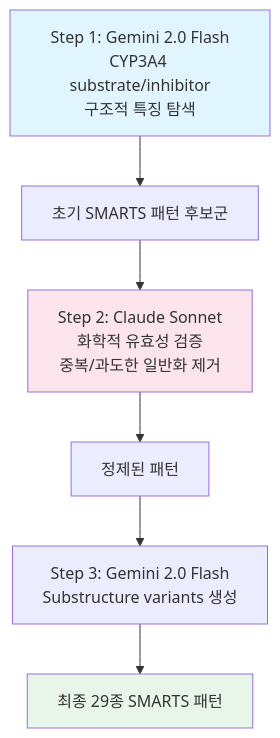
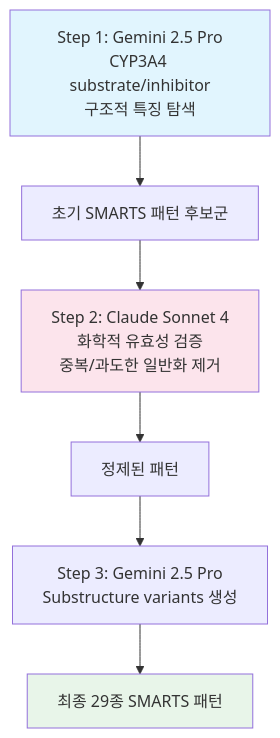
The second of 2 diagrams in _posts/2026-02-20-cyp3a4-inhibition-prediction.md (eightmm/eightmm.github.io), drawn with Mermaid before and after one commit. The commit also changed other lines of this file, not shown here.

Commit message:
Fix LLM names: Gemini 2.5 Pro, Claude Sonnet 4

````diff
--- a/_posts/2026-02-20-cyp3a4-inhibition-prediction.md
+++ b/_posts/2026-02-20-cyp3a4-inhibition-prediction.md
@@ -332,12 +332,12 @@
 ```mermaid
 graph TD
-    A["Step 1: Gemini 2.0 Flash<br/>CYP3A4 substrate/inhibitor<br/>구조적 특징 탐색"] --> B["초기 SMARTS 패턴 후보군"]
-    B --> C["Step 2: Claude Sonnet<br/>화학적 유효성 검증<br/>중복/과도한 일반화 제거"]
+    A["Step 1: Gemini 2.5 Pro<br/>CYP3A4 substrate/inhibitor<br/>구조적 특징 탐색"] --> B["초기 SMARTS 패턴 후보군"]
+    B --> C["Step 2: Claude Sonnet 4<br/>화학적 유효성 검증<br/>중복/과도한 일반화 제거"]
     C --> D["정제된 패턴"]
-    D --> E["Step 3: Gemini 2.0 Flash<br/>Substructure variants 생성"]
+    D --> E["Step 3: Gemini 2.5 Pro<br/>Substructure variants 생성"]
     E --> F["최종 29종 SMARTS 패턴"]
 
     style A fill:#e1f5fe
     style C fill:#fce4ec
     style F fill:#e8f5e9
 ```
````
